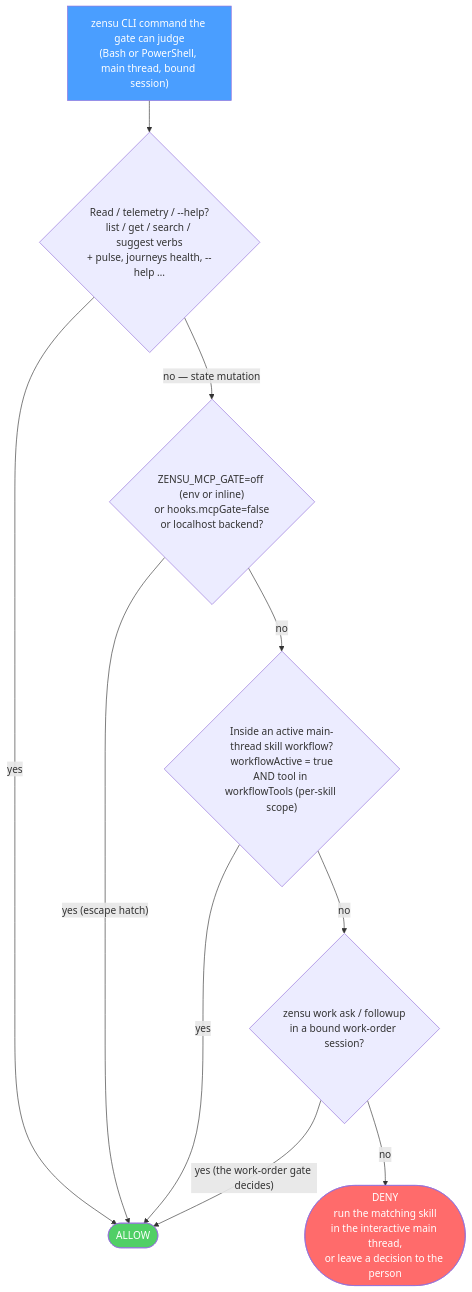
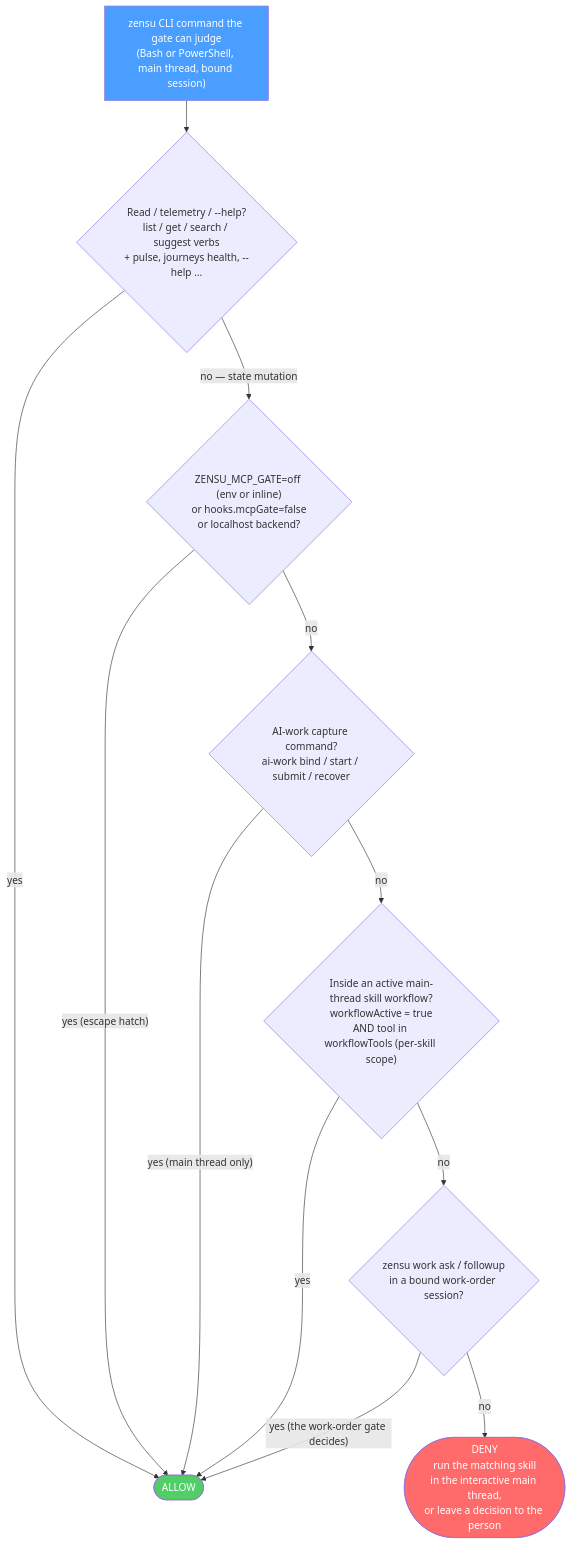
One commit to MKITConsulting/zensu-claude-code changed the diagram in docs/gates.md. Above: the diagram before and after it, drawn with Mermaid. The commit also changed other lines of this file and 19 other files, not shown here.

First line of the commit message:
fix(gate): classify zensu ai-work recover as a capture mutation (#632)

````diff
--- a/docs/gates.md
+++ b/docs/gates.md
@@ -188,16 +198,18 @@
 ```mermaid
 flowchart TD
     A["zensu CLI command the gate can judge<br/>(Bash or PowerShell, main thread, bound session)"] --> B{"Read / telemetry / --help?<br/>list / get / search / suggest verbs<br/>+ pulse, journeys health, --help …"}
     B -->|"yes"| ALLOW(["ALLOW"])
     B -->|"no — state mutation"| C{"ZENSU_MCP_GATE=off (env or inline)<br/>or hooks.mcpGate=false<br/>or localhost backend?"}
     C -->|"yes (escape hatch)"| ALLOW
-    C -->|"no"| E{"Inside an active main-thread skill workflow?<br/>workflowActive = true<br/>AND tool in workflowTools (per-skill scope)"}
+    C -->|"no"| K{"AI-work capture command?<br/>ai-work bind / start / submit / recover"}
+    K -->|"yes (main thread only)"| ALLOW
+    K -->|"no"| E{"Inside an active main-thread skill workflow?<br/>workflowActive = true<br/>AND tool in workflowTools (per-skill scope)"}
     E -->|"yes"| ALLOW
     E -->|"no"| W{"zensu work ask / followup<br/>in a bound work-order session?"}
     W -->|"yes (the work-order gate decides)"| ALLOW
     W -->|"no"| DENY(["DENY<br/>run the matching skill<br/>in the interactive main thread,<br/>or leave a decision to the person"])
 
     style A fill:#4a9eff,color:#fff
     style ALLOW fill:#51cf66,color:#fff
     style DENY fill:#ff6b6b,color:#fff
 ```
````
